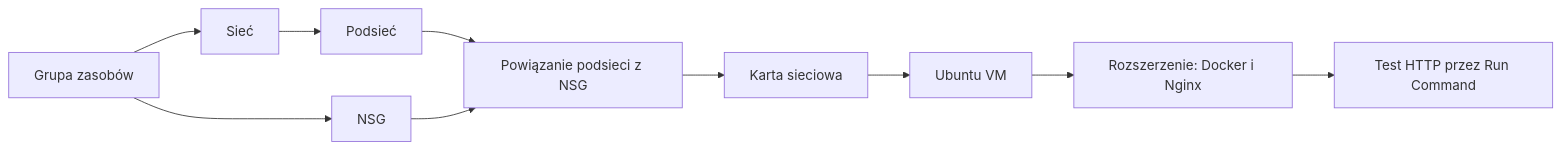
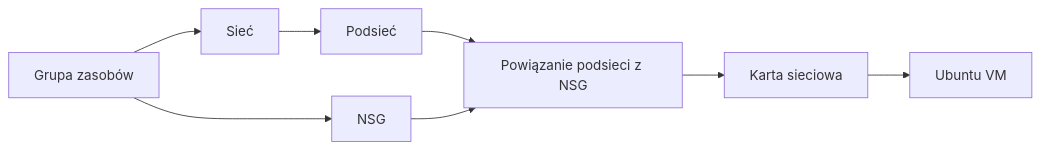
One commit to robert-cialowicz-ideispl/wsei-devops-lab-z26s changed the diagram in lab6/lab6.md. Above: the diagram before and after it, drawn with Mermaid. The commit also changed other lines of this file and 4 other files, not shown here.

````diff
--- a/lab6/lab6.md
+++ b/lab6/lab6.md
@@ -150,11 +153,9 @@
 ```mermaid
 flowchart LR
     RG["Grupa zasobów"] --> VNet["Sieć"] --> Subnet["Podsieć"]
     RG --> NSG["NSG"]
     Subnet --> Secure["Powiązanie podsieci z NSG"]
     NSG --> Secure
     Secure --> NIC["Karta sieciowa"]
     NIC --> VM["Ubuntu VM"]
-    VM --> Ext["Rozszerzenie: Docker i Nginx"]
-    Ext --> Test["Test HTTP przez Run Command"]
 ```
````
